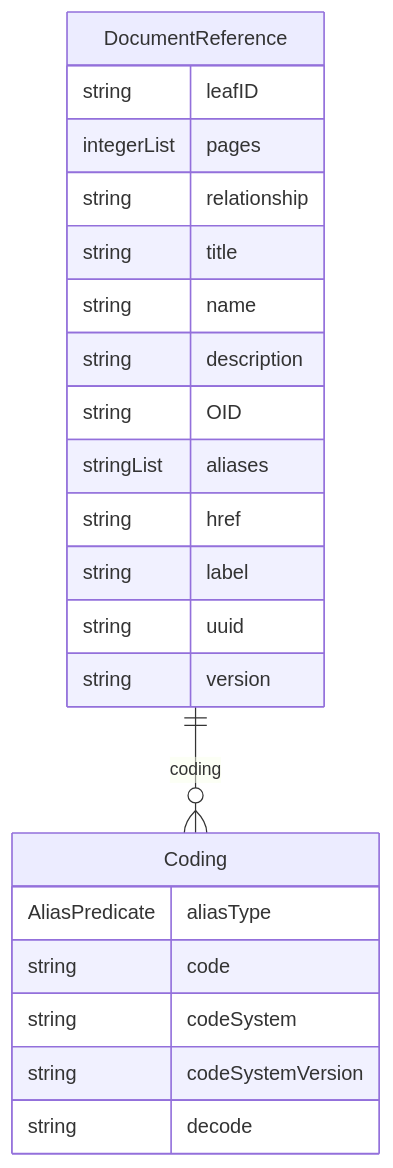
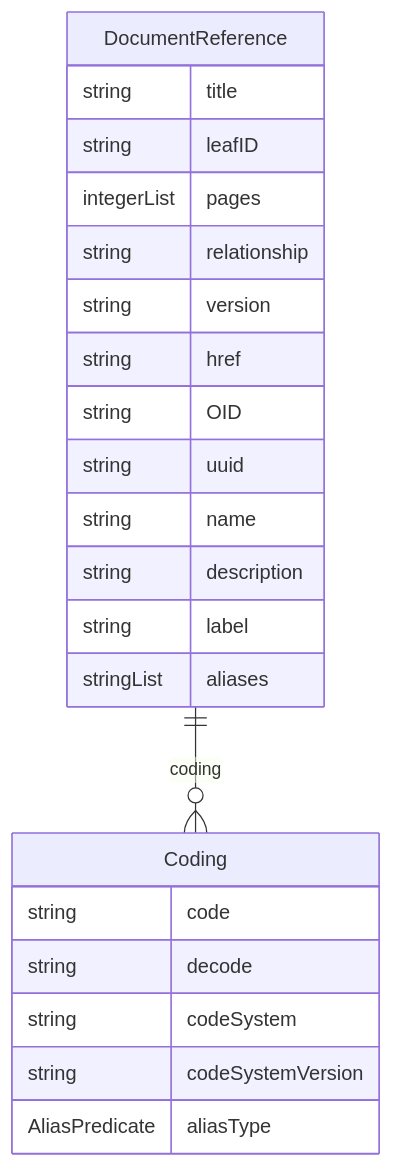
One commit to cdisc-org/DataExchange-DDS changed the diagram in docs/classes/DocumentReference.md. Above: the diagram before and after it, drawn with Mermaid. The commit also changed other lines of this file and 313 other files, not shown here.

````diff
--- a/docs/classes/DocumentReference.md
+++ b/docs/classes/DocumentReference.md
@@ -20,27 +15,27 @@
 ```mermaid
 erDiagram
-Coding {
-    AliasPredicate aliasType  
-    string code  
-    string codeSystem  
-    string codeSystemVersion  
-    string decode  
-}
 DocumentReference {
+    string title  
     string leafID  
     integerList pages  
     string relationship  
-    string title  
+    string version  
+    string href  
+    string OID  
+    string uuid  
     string name  
     string description  
-    string OID  
+    string label  
     stringList aliases  
-    string href  
-    string label  
-    string uuid  
-    string version  
+}
+Coding {
+    string code  
+    string decode  
+    string codeSystem  
+    string codeSystemVersion  
+    AliasPredicate aliasType  
 }
 
 DocumentReference ||--}o Coding : "coding"
 
 ```
````
